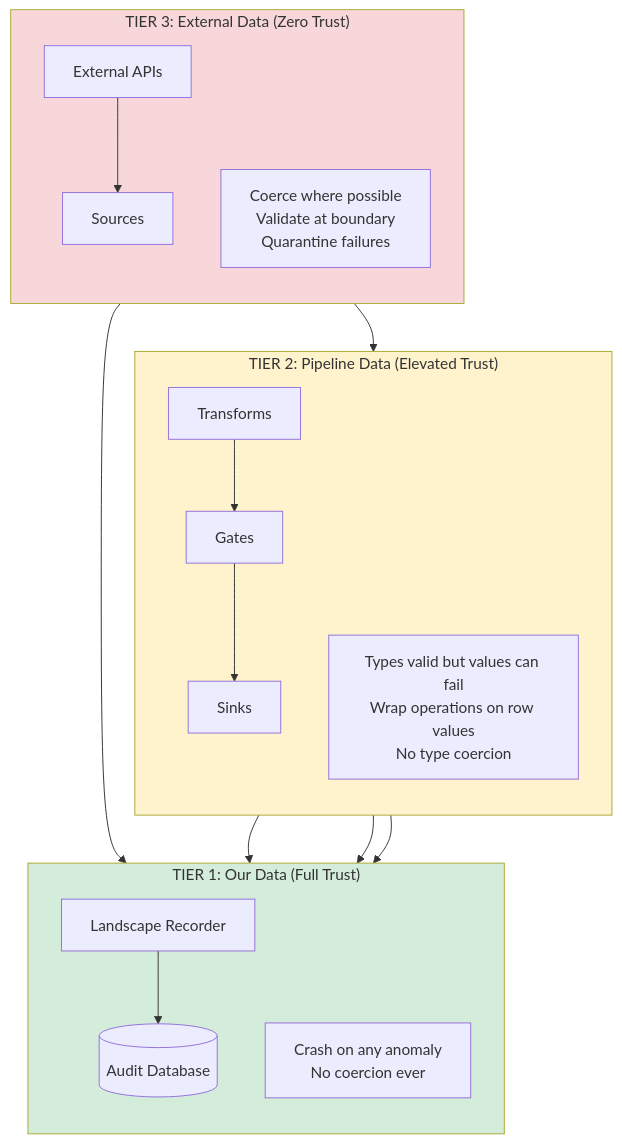
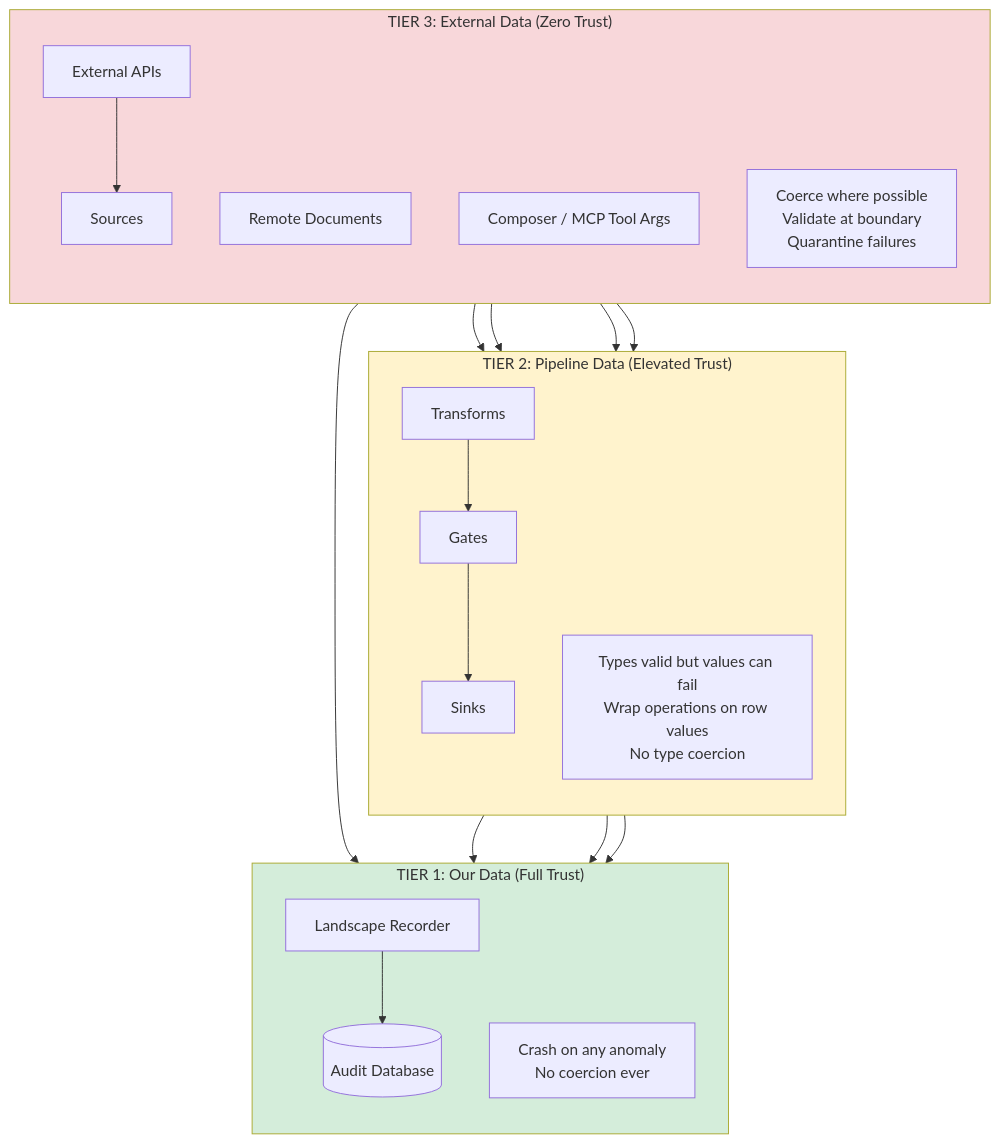
Diagram 13 of 13 in ARCHITECTURE.md (johnm-dta/elspeth), drawn with Mermaid before and after one commit. The commit also changed other lines of this file and 53 other files, not shown here.

````diff
--- a/ARCHITECTURE.md
+++ b/ARCHITECTURE.md
@@ -824,41 +836,46 @@
 ```mermaid
 flowchart TB
     subgraph TIER1["TIER 1: Our Data (Full Trust)"]
         direction TB
         AuditDB[(Audit Database)]
         Landscape[Landscape Recorder]
 
         Landscape --> AuditDB
         note1["Crash on any anomaly<br/>No coercion ever"]
     end
 
     subgraph TIER2["TIER 2: Pipeline Data (Elevated Trust)"]
         direction TB
         Transforms[Transforms]
         Gates[Gates]
         Sinks[Sinks]
 
         note2["Types valid but values can fail<br/>Wrap operations on row values<br/>No type coercion"]
     end
 
     subgraph TIER3["TIER 3: External Data (Zero Trust)"]
         direction TB
         Sources[Sources]
         APIs[External APIs]
+        Documents[Remote Documents]
+        ComposerArgs[Composer / MCP Tool Args]
 
         note3["Coerce where possible<br/>Validate at boundary<br/>Quarantine failures"]
     end
 
     APIs --> Sources
+    APIs --> Transforms
+    Documents --> Transforms
+    ComposerArgs --> Transforms
     Sources --> Transforms
     Transforms --> Gates
     Gates --> Sinks
     Sources --> Landscape
     Transforms --> Landscape
     Gates --> Landscape
     Sinks --> Landscape
 
     style TIER1 fill:#d4edda
     style TIER2 fill:#fff3cd
     style TIER3 fill:#f8d7da
 ```
````
